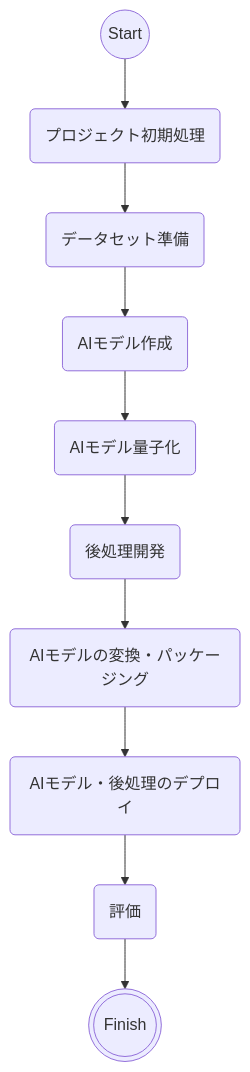
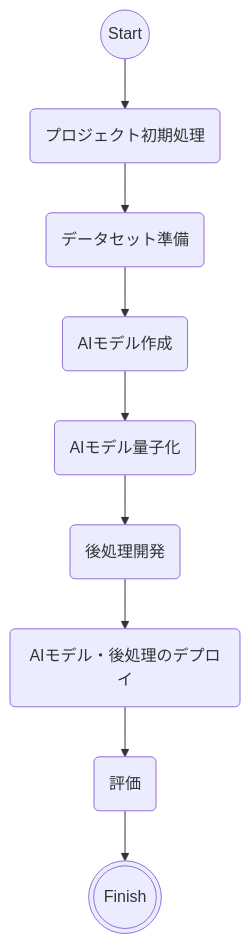
One commit to ZucchiniTang/aitrios-sdk-vision-sensing-app changed the second of 2 diagrams in docs/development-docs/AsciiDoc/VisionandSensingApplicationSDK_FuncSpec_DevelopmentContainer_ja.adoc. Above: the diagram before and after it, drawn with Mermaid. The commit also changed other lines of this file and 200 other files, not shown here.

```diff
--- a/docs/development-docs/AsciiDoc/VisionandSensingApplicationSDK_FuncSpec_DevelopmentContainer_ja.adoc
+++ b/docs/development-docs/AsciiDoc/VisionandSensingApplicationSDK_FuncSpec_DevelopmentContainer_ja.adoc
@@ -106,23 +109,21 @@
 [mermaid]
 ----
 flowchart TB
     id0((Start))
     id1(プロジェクト初期処理)
     id2(データセット準備)
     id3(AIモデル作成)
     id4(AIモデル量子化)
     id5(後処理開発)
-    id6("AIモデルの変換・パッケージング")
-    id7("AIモデル・後処理のデプロイ")
-    id8(評価)
-    id9(((Finish)))
+    id6("AIモデル・後処理のデプロイ")
+    id7(評価)
+    id8(((Finish)))
     id0 -->id1
     id1 -->id2
     id2 -->id3
     id3 -->id4
     id4 -->id5
     id5 -->id6
     id6 -->id7
     id7 -->id8
-    id8 -->id9
 ----
```
